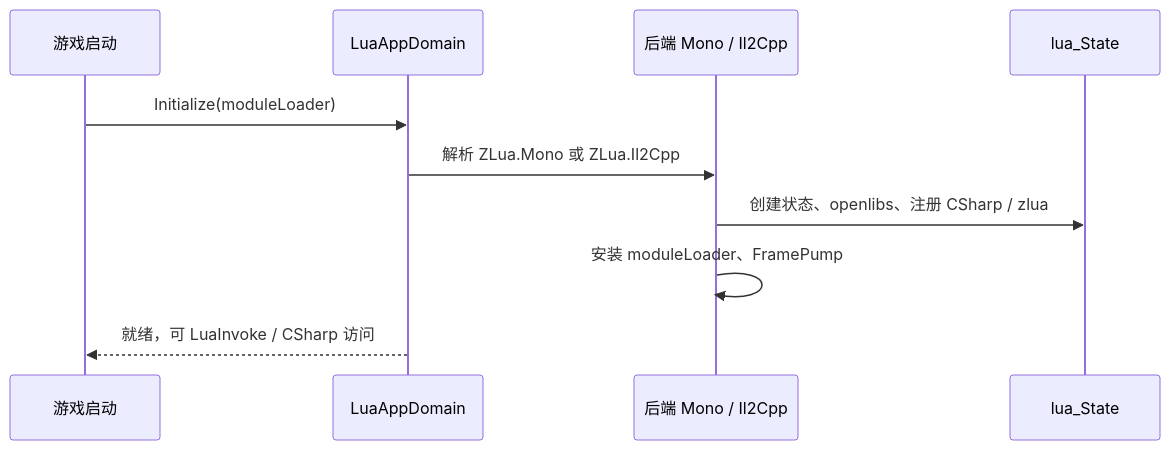
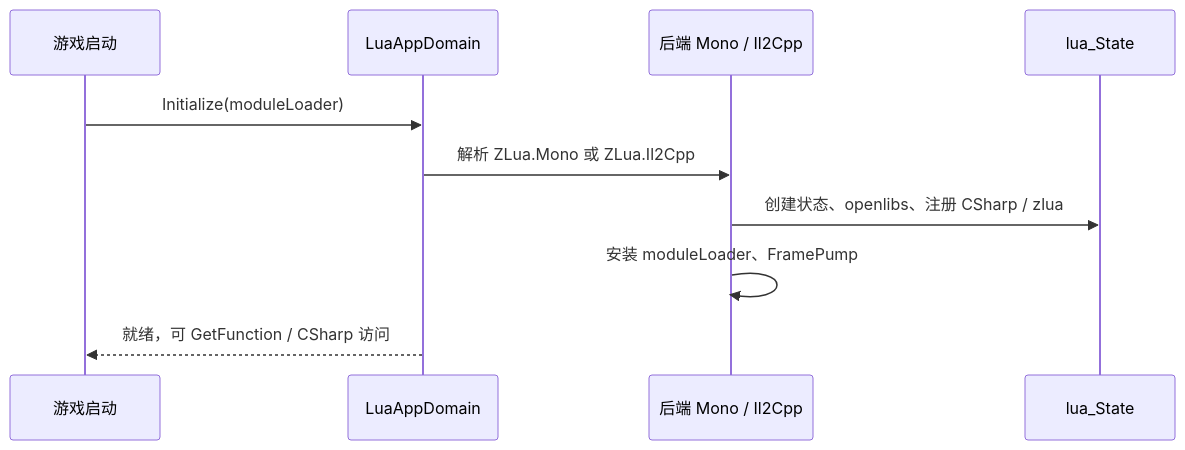
One commit to focus-creative-games/zlua-doc changed the diagram in docs/reference/csharp/lua-app-domain.md. Above: the diagram before and after it, drawn with Mermaid. The commit also changed other lines of this file and 48 other files, not shown here.

Commit message:
doc: remove `LuaInvoke`

````diff
--- a/docs/reference/csharp/lua-app-domain.md
+++ b/docs/reference/csharp/lua-app-domain.md
@@ -45,13 +75,13 @@
 ```mermaid
 sequenceDiagram
     participant App as 游戏启动
     participant LAD as LuaAppDomain
     participant BE as 后端 Mono / Il2Cpp
     participant L as lua_State
 
     App->>LAD: Initialize(moduleLoader)
     LAD->>BE: 解析 ZLua.Mono 或 ZLua.Il2Cpp
     BE->>L: 创建状态、openlibs、注册 CSharp / zlua
     BE->>BE: 安装 moduleLoader、FramePump
-    LAD-->>App: 就绪，可 LuaInvoke / CSharp 访问
+    LAD-->>App: 就绪，可 GetFunction / CSharp 访问
 ```
````
